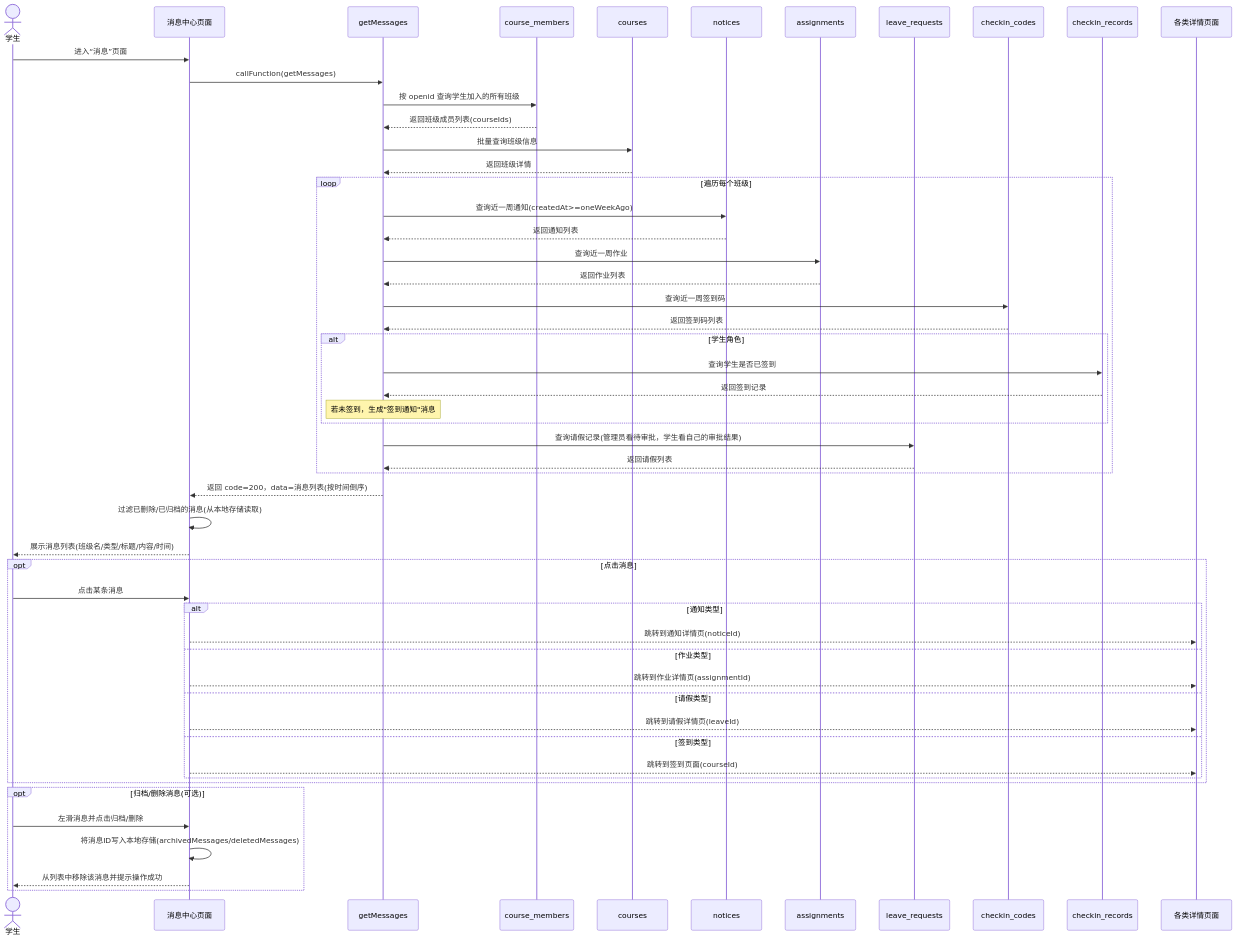
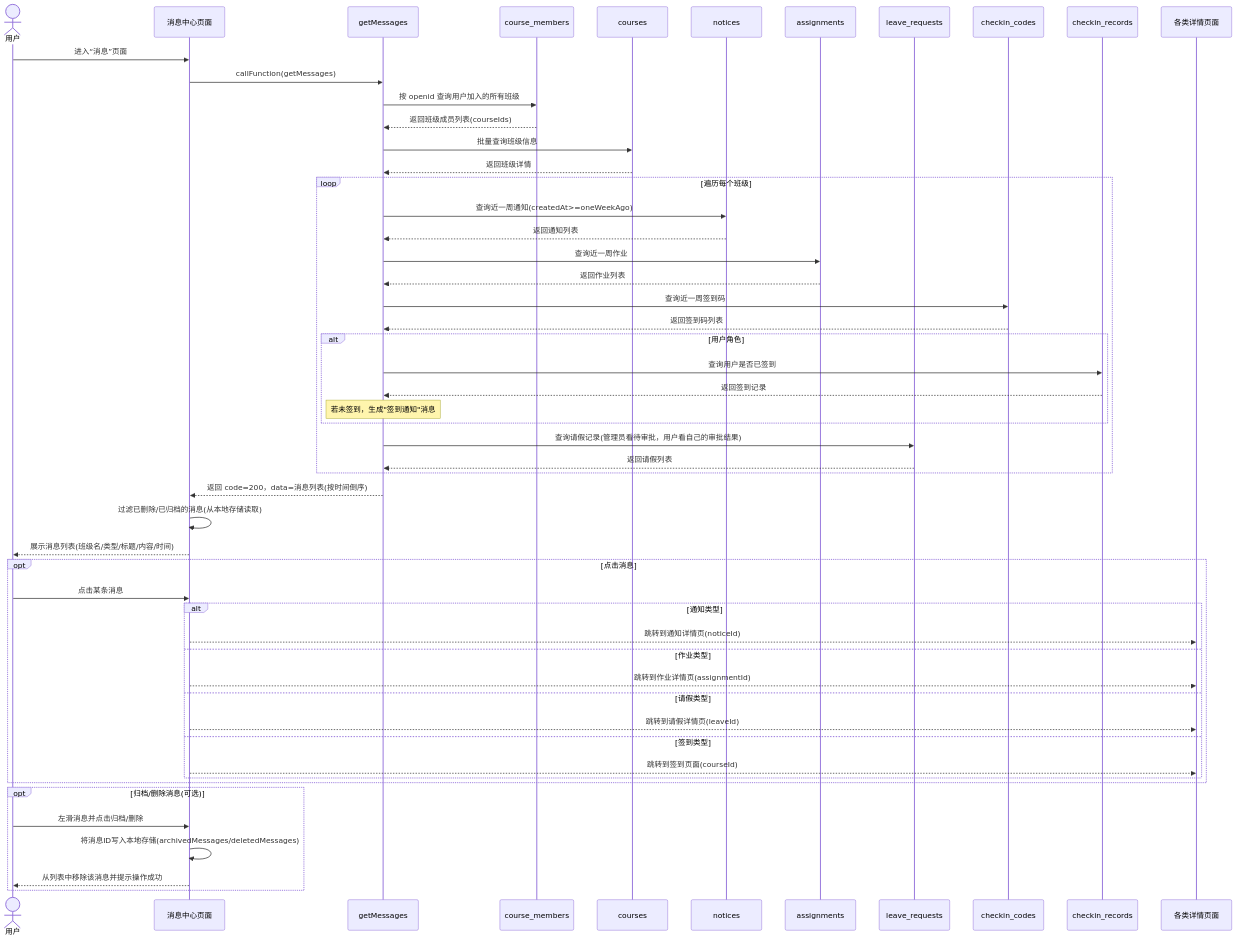
Before and after one commit to hanohano111/ClassInformationManagementSystem: the tenth of 20 diagrams in 第三章 系统需求分析.md, drawn with Mermaid. The commit also changed other lines of this file and 28 other files, not shown here.

````diff
--- a/第三章 系统需求分析.md
+++ b/第三章 系统需求分析.md
@@ -628,60 +488,60 @@
 ```mermaid
 sequenceDiagram
-    actor 学生
+    actor 用户
     participant 消息页 as 消息中心页面
     participant 云函数 as getMessages
     participant 成员表 as course_members
     participant 班级表 as courses
     participant 通知表 as notices
     participant 作业表 as assignments
     participant 请假表 as leave_requests
     participant 签到码表 as checkin_codes
     participant 签到记录表 as checkin_records
     participant 详情页 as 各类详情页面
 
-    学生->>消息页: 进入“消息”页面
+    用户->>消息页: 进入“消息”页面
     消息页->>云函数: callFunction(getMessages)
-    云函数->>成员表: 按 openid 查询学生加入的所有班级
+    云函数->>成员表: 按 openid 查询用户加入的所有班级
     成员表-->>云函数: 返回班级成员列表(courseIds)
     云函数->>班级表: 批量查询班级信息
     班级表-->>云函数: 返回班级详情
 
     loop 遍历每个班级
         云函数->>通知表: 查询近一周通知(createdAt>=oneWeekAgo)
         通知表-->>云函数: 返回通知列表
         云函数->>作业表: 查询近一周作业
         作业表-->>云函数: 返回作业列表
         云函数->>签到码表: 查询近一周签到码
         签到码表-->>云函数: 返回签到码列表
-        alt 学生角色
-            云函数->>签到记录表: 查询学生是否已签到
+        alt 用户角色
+            云函数->>签到记录表: 查询用户是否已签到
             签到记录表-->>云函数: 返回签到记录
             note over 云函数: 若未签到，生成"签到通知"消息
         end
-        云函数->>请假表: 查询请假记录(管理员看待审批，学生看自己的审批结果)
+        云函数->>请假表: 查询请假记录(管理员看待审批，用户看自己的审批结果)
         请假表-->>云函数: 返回请假列表
     end
 
     云函数-->>消息页: 返回 code=200，data=消息列表(按时间倒序)
     消息页->>消息页: 过滤已删除/已归档的消息(从本地存储读取)
-    消息页-->>学生: 展示消息列表(班级名/类型/标题/内容/时间)
+    消息页-->>用户: 展示消息列表(班级名/类型/标题/内容/时间)
 
     opt 点击消息
-        学生->>消息页: 点击某条消息
+        用户->>消息页: 点击某条消息
         alt 通知类型
             消息页-->>详情页: 跳转到通知详情页(noticeId)
         else 作业类型
             消息页-->>详情页: 跳转到作业详情页(assignmentId)
         else 请假类型
             消息页-->>详情页: 跳转到请假详情页(leaveId)
         else 签到类型
             消息页-->>详情页: 跳转到签到页面(courseId)
         end
     end
 
     opt 归档/删除消息(可选)
-        学生->>消息页: 左滑消息并点击归档/删除
+        用户->>消息页: 左滑消息并点击归档/删除
         消息页->>消息页: 将消息ID写入本地存储(archivedMessages/deletedMessages)
-        消息页-->>学生: 从列表中移除该消息并提示操作成功
+        消息页-->>用户: 从列表中移除该消息并提示操作成功
     end
 ```
````
